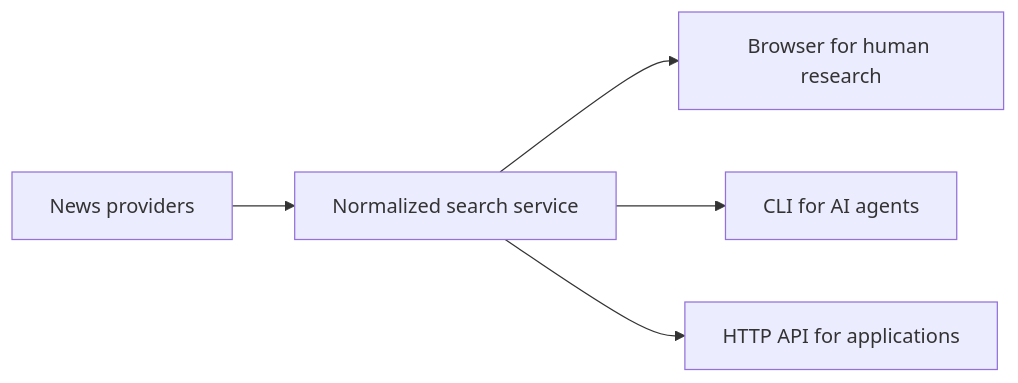
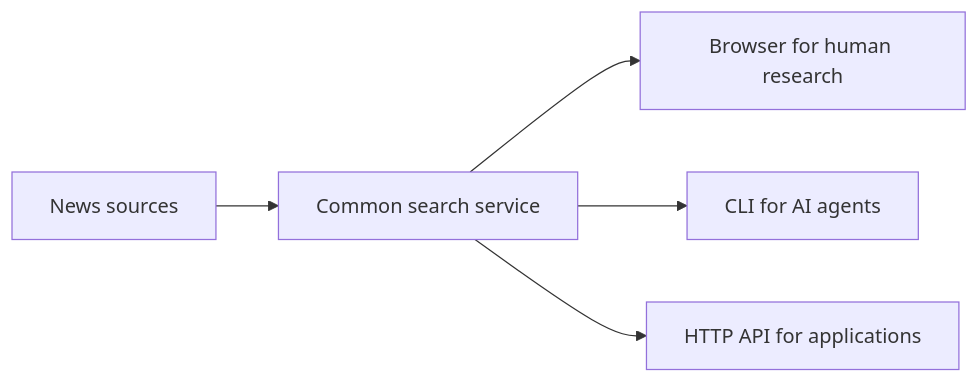
The diagram in blog/index.md (GerardWu100/news), drawn with Mermaid before and after one commit. The commit also changed other lines of this file and 67 other files, not shown here.

````diff
--- a/blog/index.md
+++ b/blog/index.md
@@ -20,7 +19,7 @@
 ```mermaid
 flowchart LR
-    P[News providers] --> S[Normalized search service]
+    P[News sources] --> S[Common search service]
     S --> B[Browser for human research]
     S --> C[CLI for AI agents]
     S --> A[HTTP API for applications]
 ```
````
